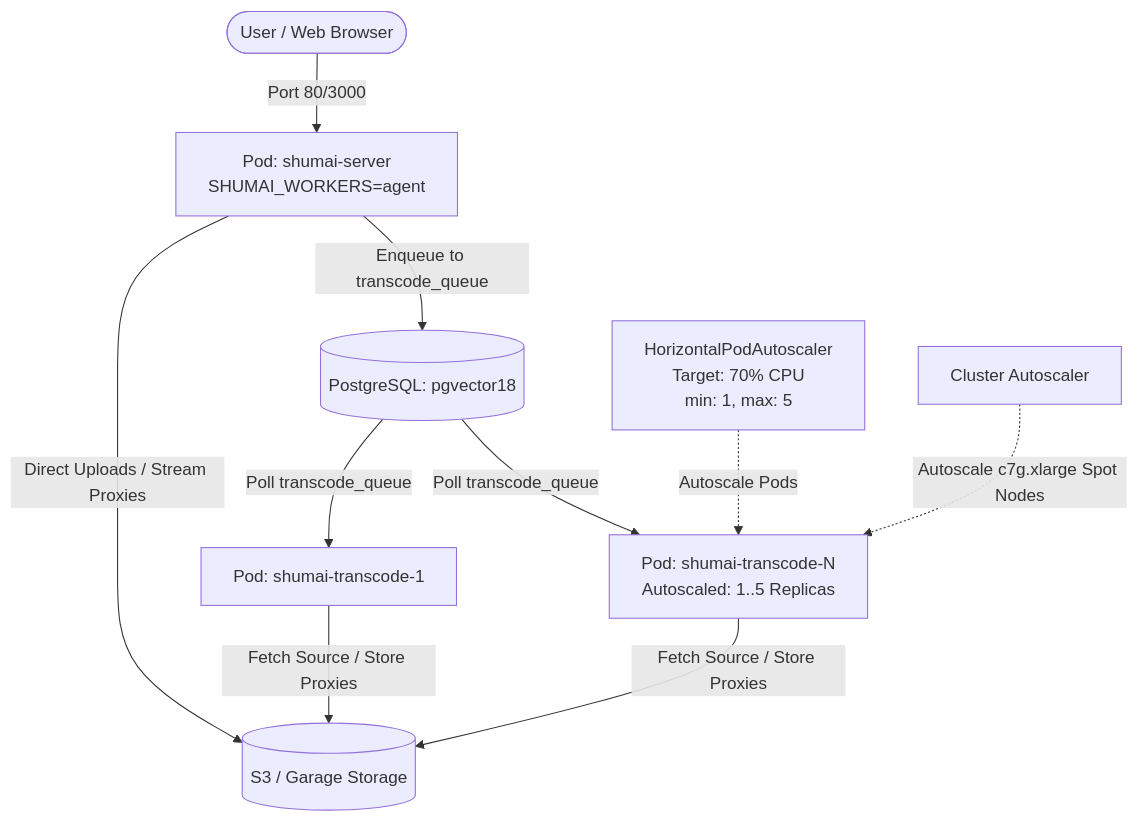
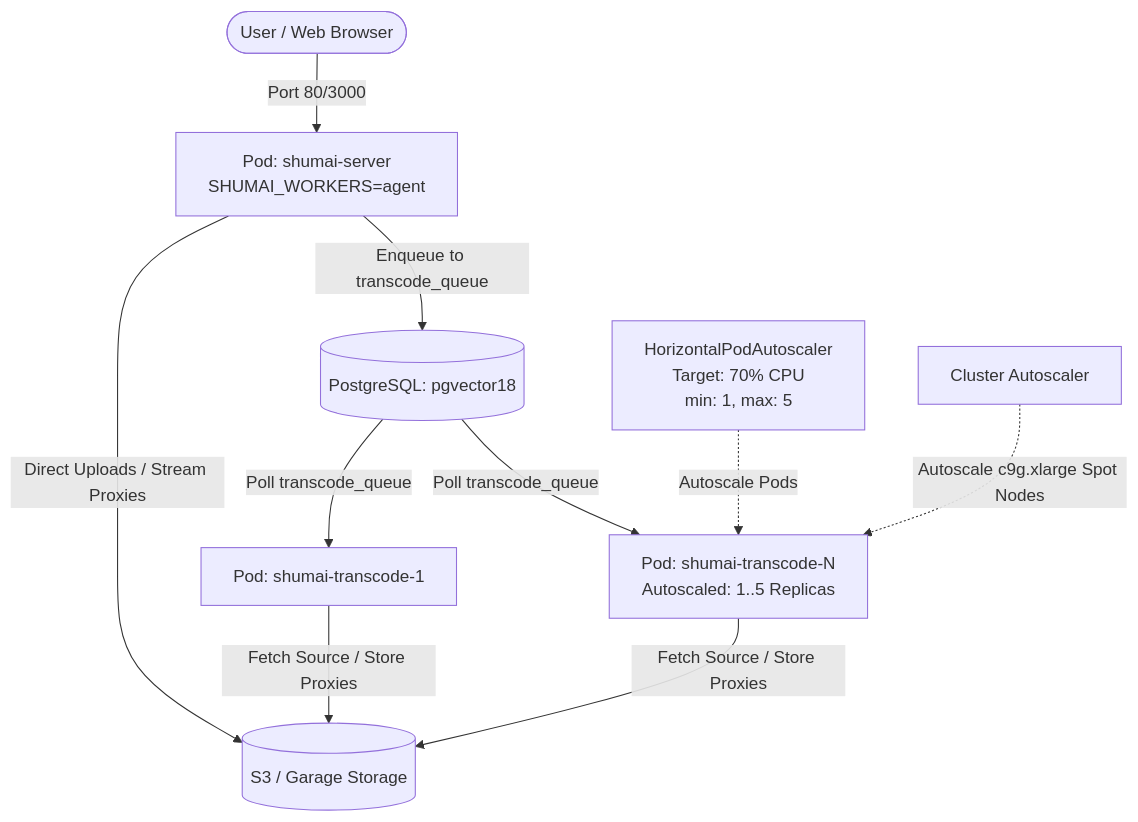
One commit to shumaiOne/shumai changed the second of 2 diagrams in docs/configuration/distributed.mdx. Above: the diagram before and after it, drawn with Mermaid. The commit also changed other lines of this file and 3 other files, not shown here.

````diff
--- a/docs/configuration/distributed.mdx
+++ b/docs/configuration/distributed.mdx
@@ -137,14 +137,14 @@
 ```mermaid
 graph TD
     User([User / Web Browser]) -->|Port 80/3000| Server[Pod: shumai-server<br/>SHUMAI_WORKERS=agent]
     Server -->|Enqueue to transcode_queue| DB[(PostgreSQL: pgvector18)]
     Server -->|Direct Uploads / Stream Proxies| Storage[(S3 / Garage Storage)]
 
     DB -->|Poll transcode_queue| Worker1[Pod: shumai-transcode-1]
     DB -->|Poll transcode_queue| WorkerN[Pod: shumai-transcode-N<br/>Autoscaled: 1..5 Replicas]
     Worker1 -->|Fetch Source / Store Proxies| Storage
     WorkerN -->|Fetch Source / Store Proxies| Storage
 
     HPA[HorizontalPodAutoscaler<br/>Target: 70% CPU<br/>min: 1, max: 5] -.->|Autoscale Pods| WorkerN
-    CA[Cluster Autoscaler] -.->|Autoscale c7g.xlarge Spot Nodes| WorkerN
+    CA[Cluster Autoscaler] -.->|Autoscale c9g.xlarge Spot Nodes| WorkerN
 ```
````
